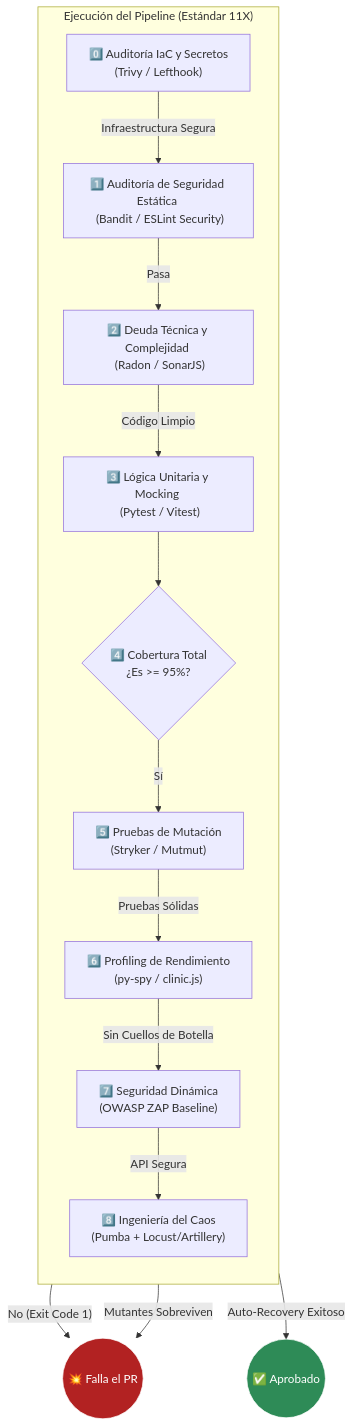
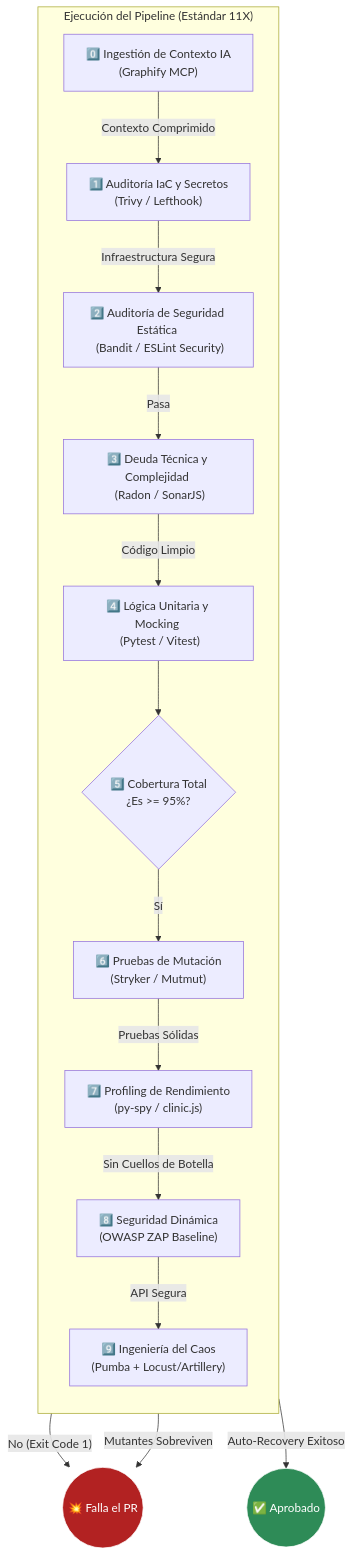
Before and after one commit to tecno-consultores/qa-testing-blueprints: the third of 3 diagrams in docs/ARCHITECTURE_C4.md, drawn with Mermaid. The commit also changed other lines of this file, not shown here.

First line of the commit message:
Add citations to architecture documentation

````diff
--- a/docs/ARCHITECTURE_C4.md
+++ b/docs/ARCHITECTURE_C4.md
@@ -70,34 +75,36 @@
 ```mermaid
 graph TD
     subgraph "Ejecución del Pipeline (Estándar 11X)"
         direction TB
         
-        IaC["0️⃣ Auditoría IaC y Secretos \n (Trivy / Lefthook)"]
-        SAST["1️⃣ Auditoría de Seguridad Estática \n (Bandit / ESLint Security)"]
-        Static["2️⃣ Deuda Técnica y Complejidad \n (Radon / SonarJS)"]
-        Unit["3️⃣ Lógica Unitaria y Mocking \n (Pytest / Vitest)"]
-        Coverage{"4️⃣ Cobertura Total \n ¿Es >= 95%?"}
-        Mutation["5️⃣ Pruebas de Mutación \n (Stryker / Mutmut)"]
-        Performance["6️⃣ Profiling de Rendimiento \n (py-spy / clinic.js)"]
-        DAST["7️⃣ Seguridad Dinámica \n (OWASP ZAP Baseline)"]
-        Chaos["8️⃣ Ingeniería del Caos \n (Pumba + Locust/Artillery)"]
+        Graph["0️⃣ Ingestión de Contexto IA \n (Graphify MCP)"]
+        IaC["1️⃣ Auditoría IaC y Secretos \n (Trivy / Lefthook)"]
+        SAST["2️⃣ Auditoría de Seguridad Estática \n (Bandit / ESLint Security)"]
+        Static["3️⃣ Deuda Técnica y Complejidad \n (Radon / SonarJS)"]
+        Unit["4️⃣ Lógica Unitaria y Mocking \n (Pytest / Vitest)"]
+        Coverage{"5️⃣ Cobertura Total \n ¿Es >= 95%?"}
+        Mutation["6️⃣ Pruebas de Mutación \n (Stryker / Mutmut)"]
+        Performance["7️⃣ Profiling de Rendimiento \n (py-spy / clinic.js)"]
+        DAST["8️⃣ Seguridad Dinámica \n (OWASP ZAP Baseline)"]
+        Chaos["9️⃣ Ingeniería del Caos \n (Pumba + Locust/Artillery)"]
     end
 
     %% Enlaces lógicos (sintaxis robusta)
+    Graph -- "Contexto Comprimido" --> IaC
     IaC -- "Infraestructura Segura" --> SAST
     SAST -- "Pasa" --> Static
     Static -- "Código Limpio" --> Unit
     Unit --> Coverage
     Coverage -- "Sí" --> Mutation
     Coverage -- "No (Exit Code 1)" --> FallaPipeline(("💥 Falla el PR"))
     Mutation -- "Mutantes Sobreviven" --> FallaPipeline
     Mutation -- "Pruebas Sólidas" --> Performance
     Performance -- "Sin Cuellos de Botella" --> DAST
     DAST -- "API Segura" --> Chaos
     Chaos -- "Auto-Recovery Exitoso" --> Exito(("✅ Aprobado"))
 
     classDef pass fill:#2e8b57,stroke:#fff,color:#fff;
     classDef fail fill:#b22222,stroke:#fff,color:#fff;
     class Exito pass;
     class FallaPipeline fail;
 ```
````
